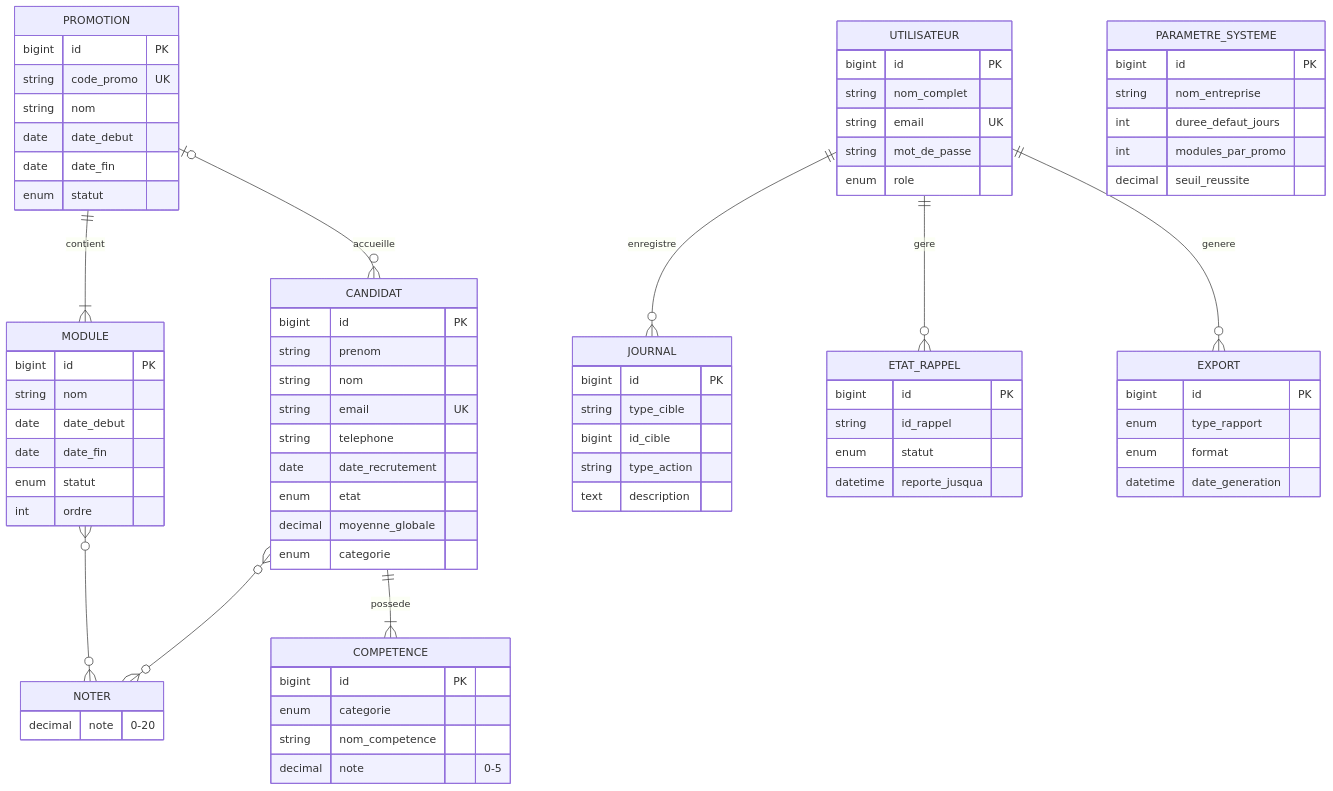
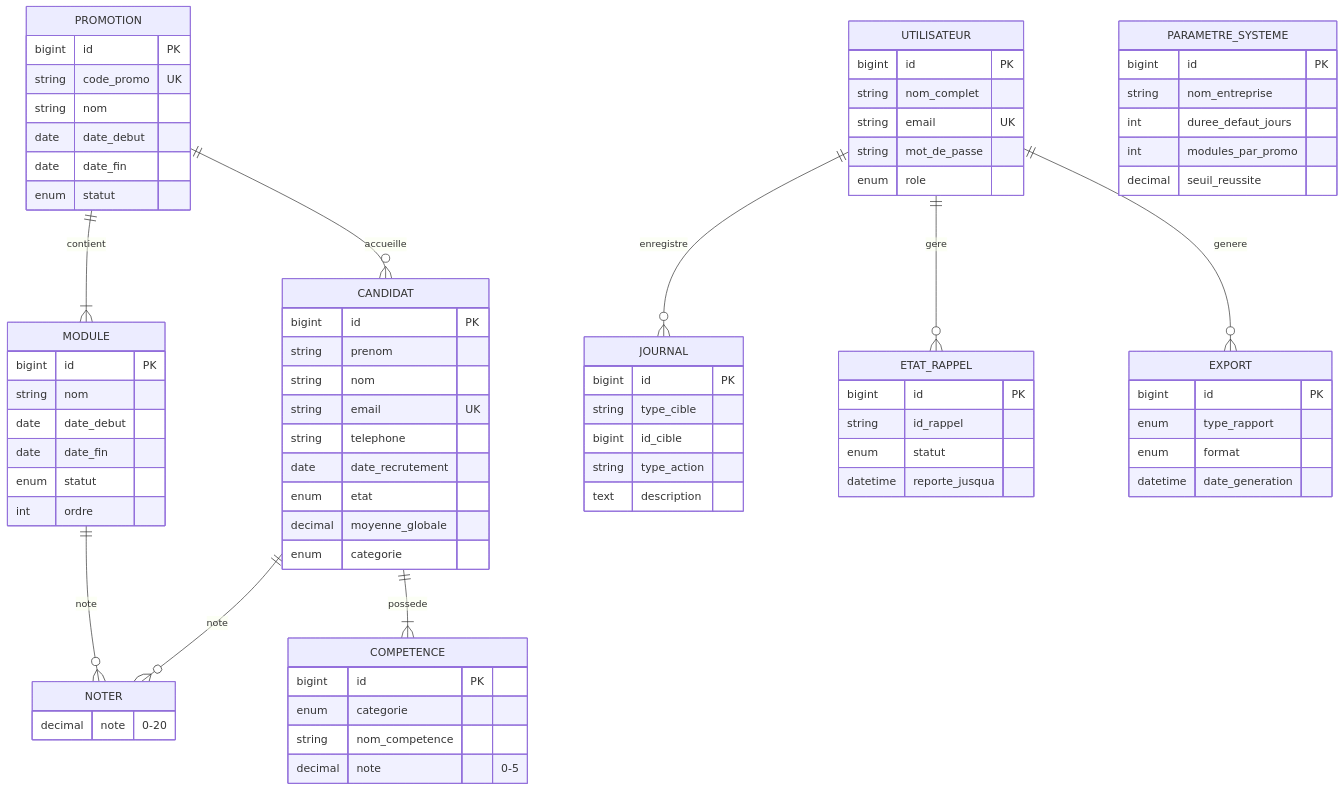
Before and after one commit to ayaAhd123/cmh_career_hub: the fourth of 6 diagrams in docs/uml/mcd-mld-activite.md, drawn with Mermaid. The commit also changed other lines of this file, not shown here.

First line of the commit message:
Fix MLD Mermaid rendering and simplify activity diagrams.

```diff
--- a/docs/uml/mcd-mld-activite.md
+++ b/docs/uml/mcd-mld-activite.md
@@ -231,9 +189,9 @@
     }
 
     PROMOTION ||--|{ MODULE : contient
-    PROMOTION |o--o{ CANDIDAT : accueille
-    CANDIDAT }o--o{ NOTER : ""
-    MODULE }o--o{ NOTER : ""
+    PROMOTION ||--o{ CANDIDAT : accueille
+    CANDIDAT ||--o{ NOTER : note
+    MODULE ||--o{ NOTER : note
     CANDIDAT ||--|{ COMPETENCE : possede
     UTILISATEUR ||--o{ JOURNAL : enregistre
     UTILISATEUR ||--o{ ETAT_RAPPEL : gere
```
